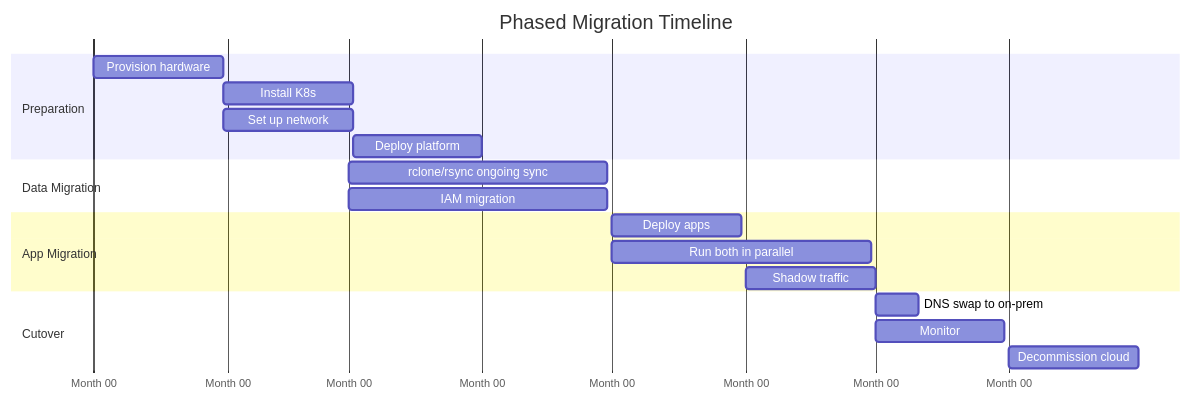
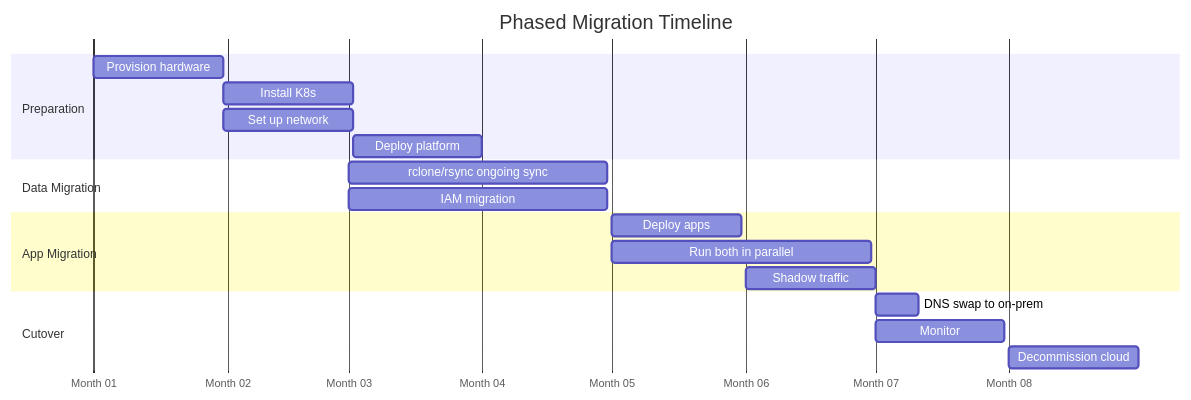
One commit to kube-dojo/kube-dojo changed the fifth of 6 diagrams in src/content/docs/on-premises/resilience/module-8.3-cloud-repatriation.md. Above: the diagram before and after it, drawn with Mermaid. The commit also changed other lines of this file and 3 other files, not shown here.

````diff
--- a/src/content/docs/on-premises/resilience/module-8.3-cloud-repatriation.md
+++ b/src/content/docs/on-premises/resilience/module-8.3-cloud-repatriation.md
@@ -374,22 +429,22 @@
 ```mermaid
 gantt
     title Phased Migration Timeline
     dateFormat  M
-    axisFormat  Month %M
+    axisFormat  Month %m
     section Preparation
     Provision hardware       :a1, 1, 30d
     Install K8s              :a2, after a1, 30d
     Set up network           :a3, after a1, 30d
     Deploy platform          :a4, after a2, 30d
     section Data Migration
     rclone/rsync ongoing sync:b1, 3, 60d
     IAM migration            :b2, 3, 60d
     section App Migration
     Deploy apps              :c1, 5, 30d
     Run both in parallel     :c2, 5, 60d
     Shadow traffic           :c3, 6, 30d
     section Cutover
     DNS swap to on-prem      :d1, 7, 10d
     Monitor                  :d2, 7, 30d
     Decommission cloud       :d3, 8, 30d
 ```
````
